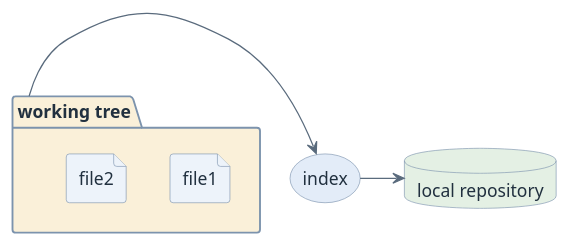
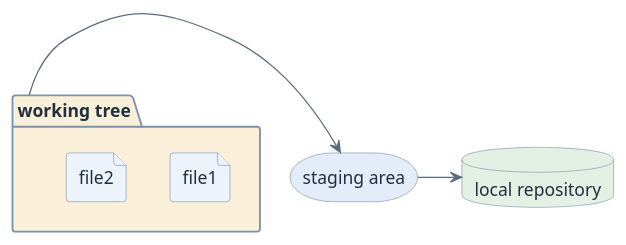
Before and after one commit to htl-leonding-college/curriculum-syp3: the fourth of 9 diagrams in modules/git-basics/index.adoc, drawn with PlantUML. The commit also changed other lines of this file and 2 other files, not shown here.

First line of the commit message:
docs(curriculum): call the index the staging area

```diff
--- a/modules/git-basics/index.adoc
+++ b/modules/git-basics/index.adoc
@@ -209,21 +209,21 @@
 [plantuml,git-commit-untracked,svg]
 ----
 @startuml
 <style>
 element { BackgroundColor #EDF3FA; LineColor #7C93AD; FontColor #21303F }
 arrow { LineColor #5A6B7D; FontColor #21303F }
 </style>
 skinparam shadowing false
 skinparam defaultTextAlignment center
 
 folder "working tree" as W #FAF0D9 {
   file "file1" as f1
   file "file2" as f2
 }
-storage "index" as I #E3ECF8
+storage "staging area" as I #E3ECF8
 database "local repository" as L #E4F0E4
 
 W -right-> I
 I -right-> L
 @enduml
 ----
```
